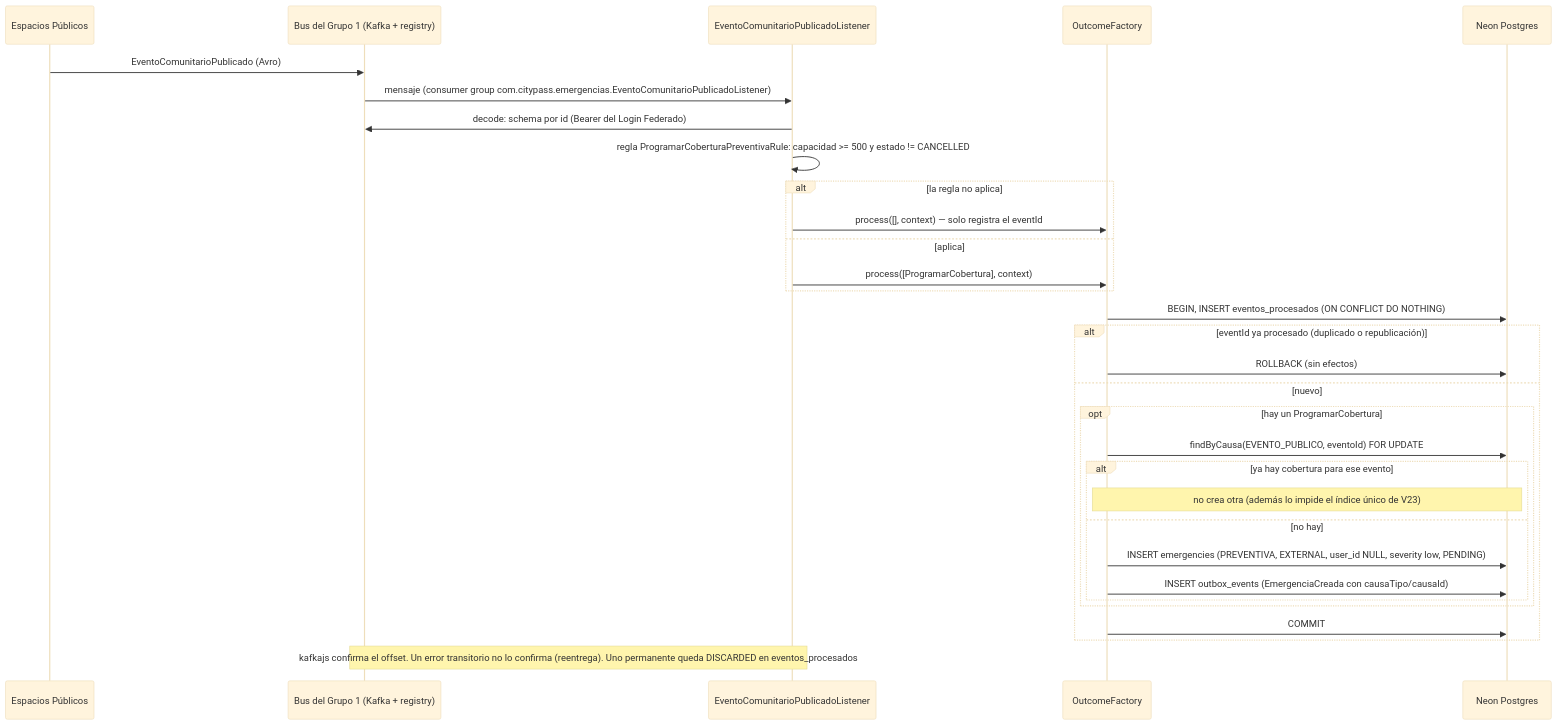
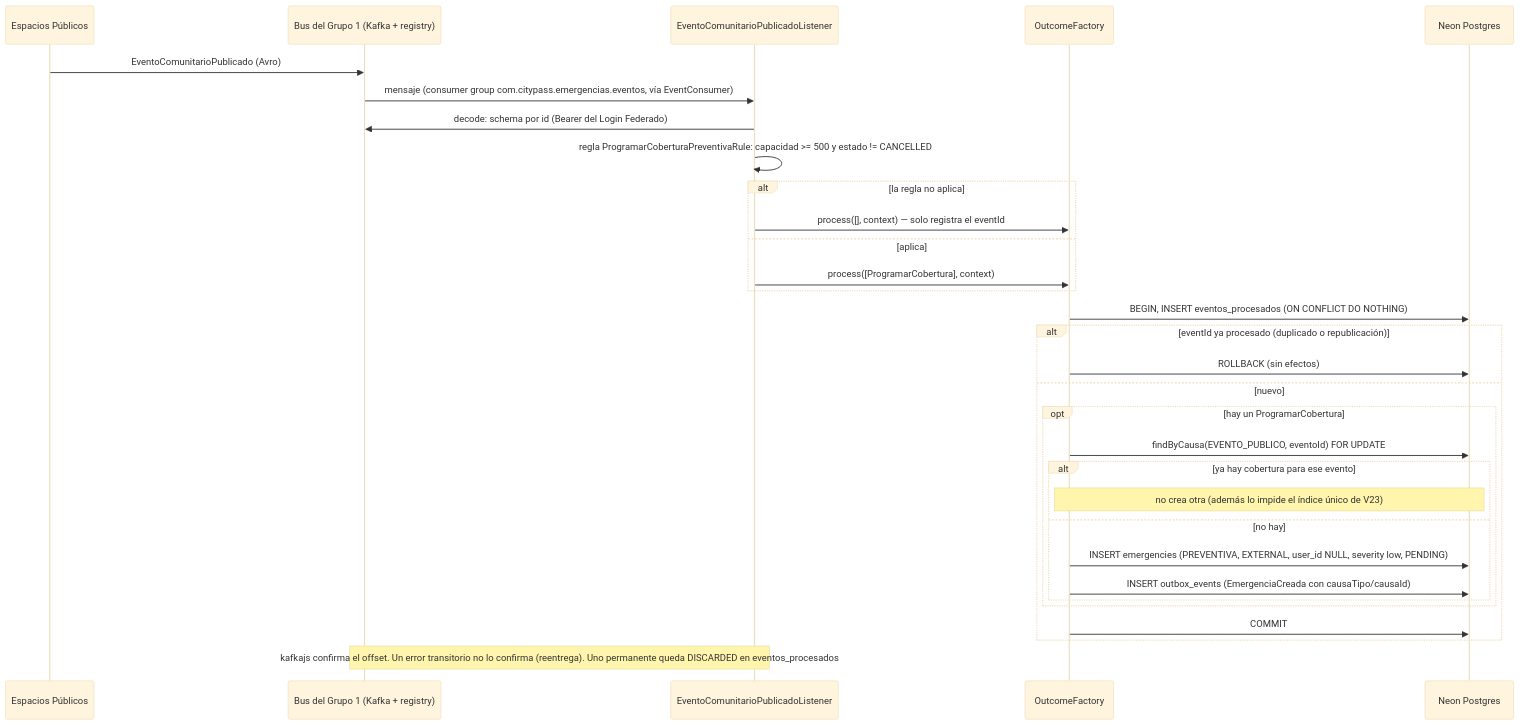
Before and after one commit to G6D2/emergencias-backend: the fifth of 5 diagrams in docs/diagramas/05-secuencias.md, drawn with Mermaid (base theme). The commit also changed 11 other files, not shown here.

````diff
--- a/docs/diagramas/05-secuencias.md
+++ b/docs/diagramas/05-secuencias.md
@@ -205,34 +205,34 @@
 ```mermaid
 sequenceDiagram
     participant Esp as Espacios Públicos
     participant Bus as Bus del Grupo 1 (Kafka + registry)
     participant L as EventoComunitarioPublicadoListener
     participant F as OutcomeFactory
     participant DB as Neon Postgres
 
     Esp->>Bus: EventoComunitarioPublicado (Avro)
-    Bus->>L: mensaje (consumer group com.citypass.emergencias.EventoComunitarioPublicadoListener)
+    Bus->>L: mensaje (consumer group com.citypass.emergencias.eventos, vía EventConsumer)
     L->>Bus: decode: schema por id (Bearer del Login Federado)
     L->>L: regla ProgramarCoberturaPreventivaRule: capacidad >= 500 y estado != CANCELLED
     alt la regla no aplica
         L->>F: process([], context) — solo registra el eventId
     else aplica
         L->>F: process([ProgramarCobertura], context)
     end
     F->>DB: BEGIN, INSERT eventos_procesados (ON CONFLICT DO NOTHING)
     alt eventId ya procesado (duplicado o republicación)
         F->>DB: ROLLBACK (sin efectos)
     else nuevo
         opt hay un ProgramarCobertura
             F->>DB: findByCausa(EVENTO_PUBLICO, eventoId) FOR UPDATE
             alt ya hay cobertura para ese evento
                 Note over F,DB: no crea otra (además lo impide el índice único de V23)
             else no hay
                 F->>DB: INSERT emergencies (PREVENTIVA, EXTERNAL, user_id NULL, severity low, PENDING)
                 F->>DB: INSERT outbox_events (EmergenciaCreada con causaTipo/causaId)
             end
         end
         F->>DB: COMMIT
     end
     Note over L,Bus: kafkajs confirma el offset. Un error transitorio no lo confirma (reentrega). Uno permanente queda DISCARDED en eventos_procesados
 ```
````
